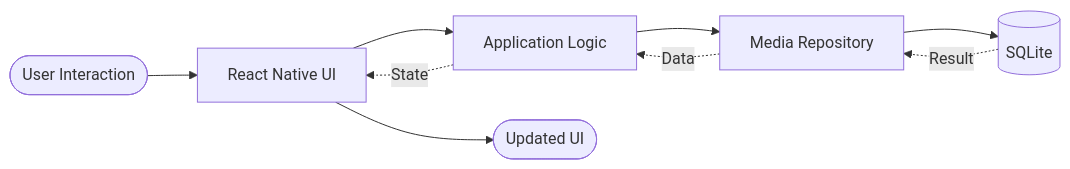
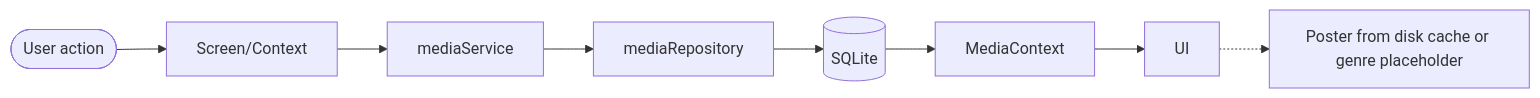
The third of 3 diagrams in docs/09-system-architecture.md (Aldo-Kristian/CineTrack), drawn with Mermaid before and after one commit. The commit also changed other lines of this file and 17 other files, not shown here.

Commit message:
docs: revise all documents for v2 (tmdb, poster, streaming, genre cards)

````diff
--- a/docs/09-system-architecture.md
+++ b/docs/09-system-architecture.md
@@ -63,11 +132,10 @@
 ```mermaid
 flowchart LR
-    A([User Interaction]) --> B[React Native UI]
-    B --> C[Application Logic]
-    C --> D[Media Repository]
+    A([User action]) --> B[Screen/Context]
+    B --> C[mediaService]
+    C --> D[mediaRepository]
     D --> E[(SQLite)]
-    E -.->|Result| D
-    D -.->|Data| C
-    C -.->|State| B
-    B --> F([Updated UI])
+    E --> F[MediaContext]
+    F --> G[UI]
+    G -.-> H[Poster from disk cache or genre placeholder]
 ```
````
